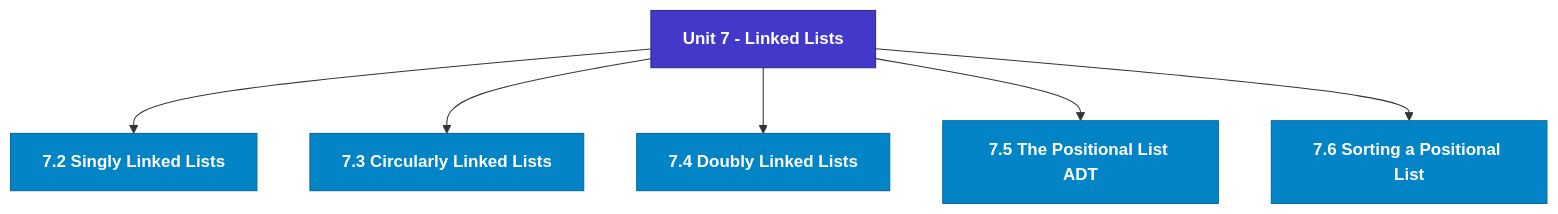
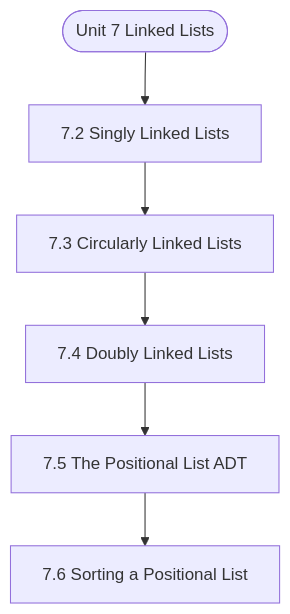
Before and after one commit to Asutosh-Coaching/mscdsa: the diagram in notes/Semester_1/MCS-063_Data_Structures_using_Python/unit_07_Linked_Lists.md, drawn with Mermaid. The commit also changed other lines of this file and 115 other files, not shown here.

Commit message:
Fix Mermaid layout for mobile, isolate LaTeX delimiters, and add GitHub Pages reader

````diff
--- a/notes/Semester_1/MCS-063_Data_Structures_using_Python/unit_07_Linked_Lists.md
+++ b/notes/Semester_1/MCS-063_Data_Structures_using_Python/unit_07_Linked_Lists.md
@@ -19,19 +19,14 @@
 ```mermaid
 flowchart TD
-  %% Styling Definitions
-  classDef head fill:#4338ca,stroke:#312e81,color:#ffffff,font-weight:bold;
-  classDef topic fill:#0284c7,stroke:#0369a1,color:#ffffff,font-weight:600;
-  classDef sub fill:#1e293b,stroke:#475569,color:#f8fafc;
-
-  Root["Unit 7 - Linked Lists"]:::head
-  M1["7.2 Singly Linked Lists"]:::topic
-  Root --> M1
-  M2["7.3 Circularly Linked Lists"]:::topic
-  Root --> M2
-  M3["7.4 Doubly Linked Lists"]:::topic
-  Root --> M3
-  M4["7.5 The Positional List ADT"]:::topic
-  Root --> M4
-  M5["7.6 Sorting a Positional List"]:::topic
-  Root --> M5
+  Start(["Unit 7 Linked Lists"])
+  N1["7.2 Singly Linked Lists"]
+  N2["7.3 Circularly Linked Lists"]
+  N3["7.4 Doubly Linked Lists"]
+  N4["7.5 The Positional List ADT"]
+  N5["7.6 Sorting a Positional List"]
+  Start --> N1
+  N1 --> N2
+  N2 --> N3
+  N3 --> N4
+  N4 --> N5
 ```
````
